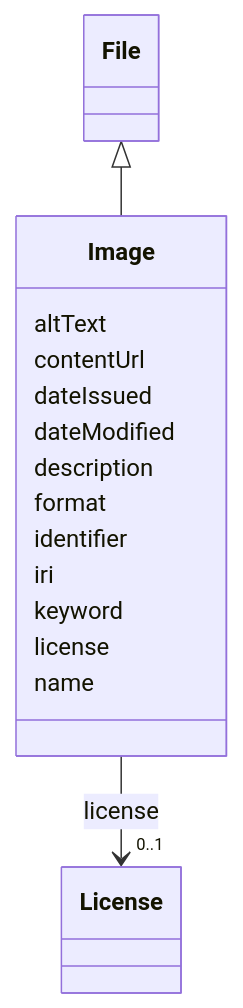
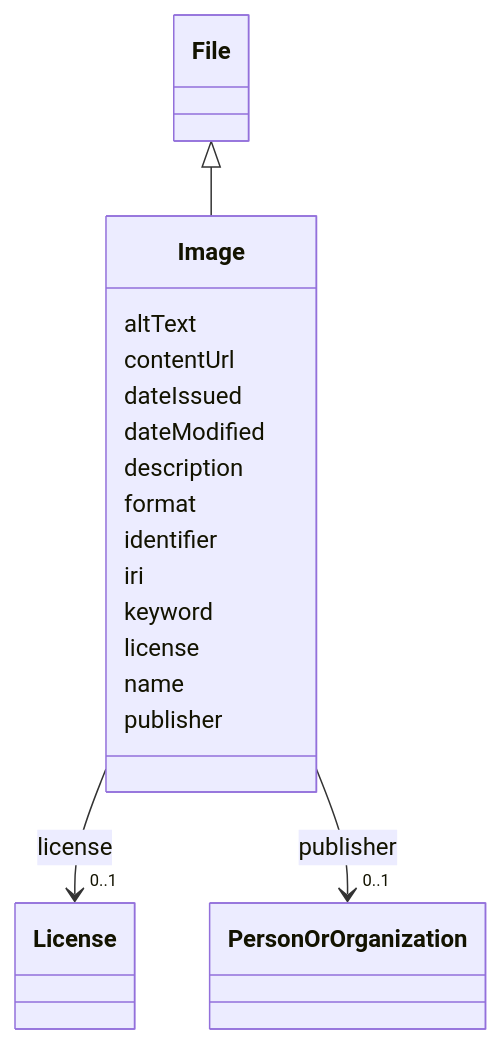
One commit to EVORA-project/evora-ontology changed the diagram in models/docs/Image.md. Above: the diagram before and after it, drawn with Mermaid. The commit also changed other lines of this file and 468 other files, not shown here.

````diff
--- a/models/docs/Image.md
+++ b/models/docs/Image.md
@@ -19,38 +19,47 @@
 ```mermaid
  classDiagram
     class Image
     click Image href "../Image"
       File <|-- Image
         click File href "../File"
       
       Image : altText
         
       Image : contentUrl
         
       Image : dateIssued
         
       Image : dateModified
         
       Image : description
         
       Image : format
         
       Image : identifier
         
       Image : iri
         
       Image : keyword
         
       Image : license
         
           
     
     
     Image --> "0..1" License : license
     click License href "../License"
 
         
       Image : name
         
+      Image : publisher
+        
+          
+    
+    
+    Image --> "0..1" PersonOrOrganization : publisher
+    click PersonOrOrganization href "../PersonOrOrganization"
+
+        
       
 ```
````
